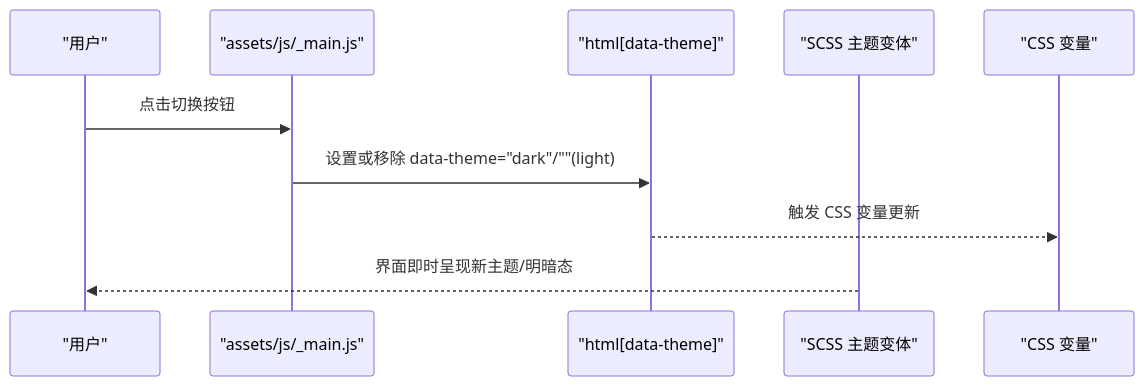
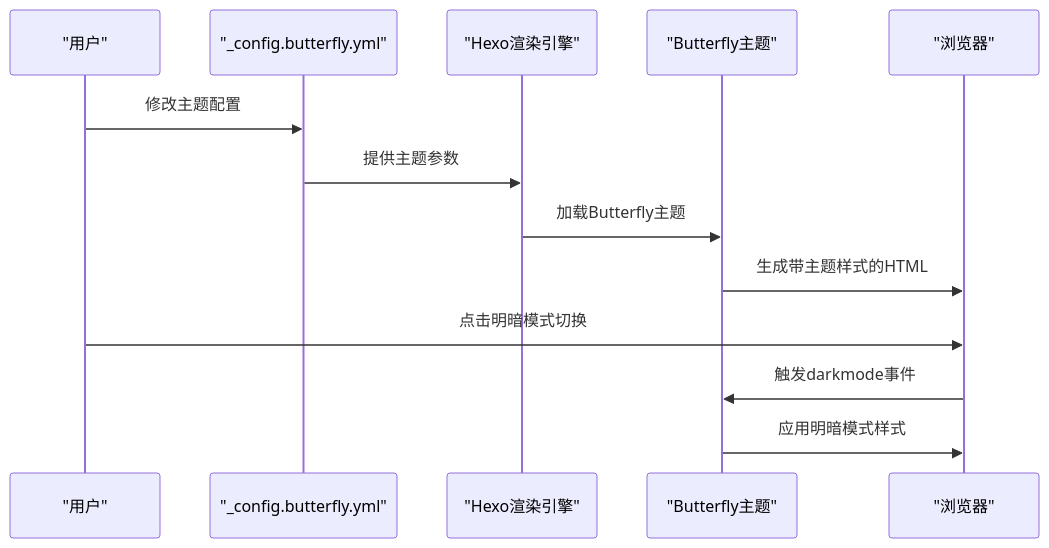
The second of 3 diagrams in .qoder/repowiki/zh/content/主题和样式系统/SCSS 架构详解/主题系统架构/主题系统架构.md (CoolPig0720/CoolPig0720.github.io), drawn with Mermaid before and after one commit. The commit also changed other lines of this file and 36 other files, not shown here.

````diff
--- a/.qoder/repowiki/zh/content/主题和样式系统/SCSS 架构详解/主题系统架构/主题系统架构.md
+++ b/.qoder/repowiki/zh/content/主题和样式系统/SCSS 架构详解/主题系统架构/主题系统架构.md
@@ -107,12 +82,15 @@
 ```mermaid
 sequenceDiagram
 participant U as "用户"
-participant JS as "assets/js/_main.js"
-participant DOM as "html[data-theme]"
-participant CSS as "SCSS 主题变体"
-participant VAR as "CSS 变量"
-U->>JS : 点击切换按钮
-JS->>DOM : 设置或移除 data-theme="dark"/""(light)
-DOM-->>VAR : 触发 CSS 变量更新
-CSS-->>U : 界面即时呈现新主题/明暗态
+participant HC as "_config.butterfly.yml"
+participant HEXO as "Hexo渲染引擎"
+participant BF as "Butterfly主题"
+participant B as "浏览器"
+U->>HC : 修改主题配置
+HC->>HEXO : 提供主题参数
+HEXO->>BF : 加载Butterfly主题
+BF->>B : 生成带主题样式的HTML
+U->>B : 点击明暗模式切换
+B->>BF : 触发darkmode事件
+BF->>B : 应用明暗模式样式
 ```
````
